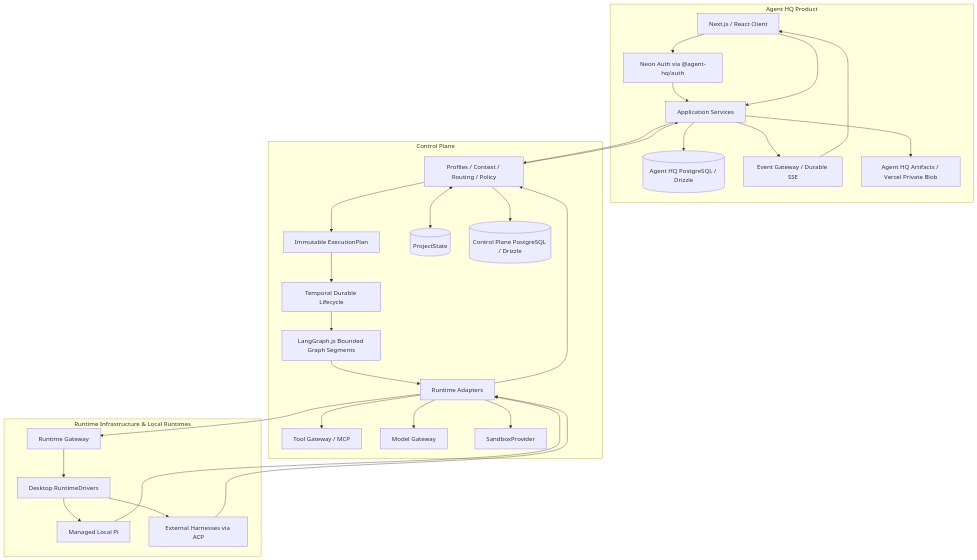
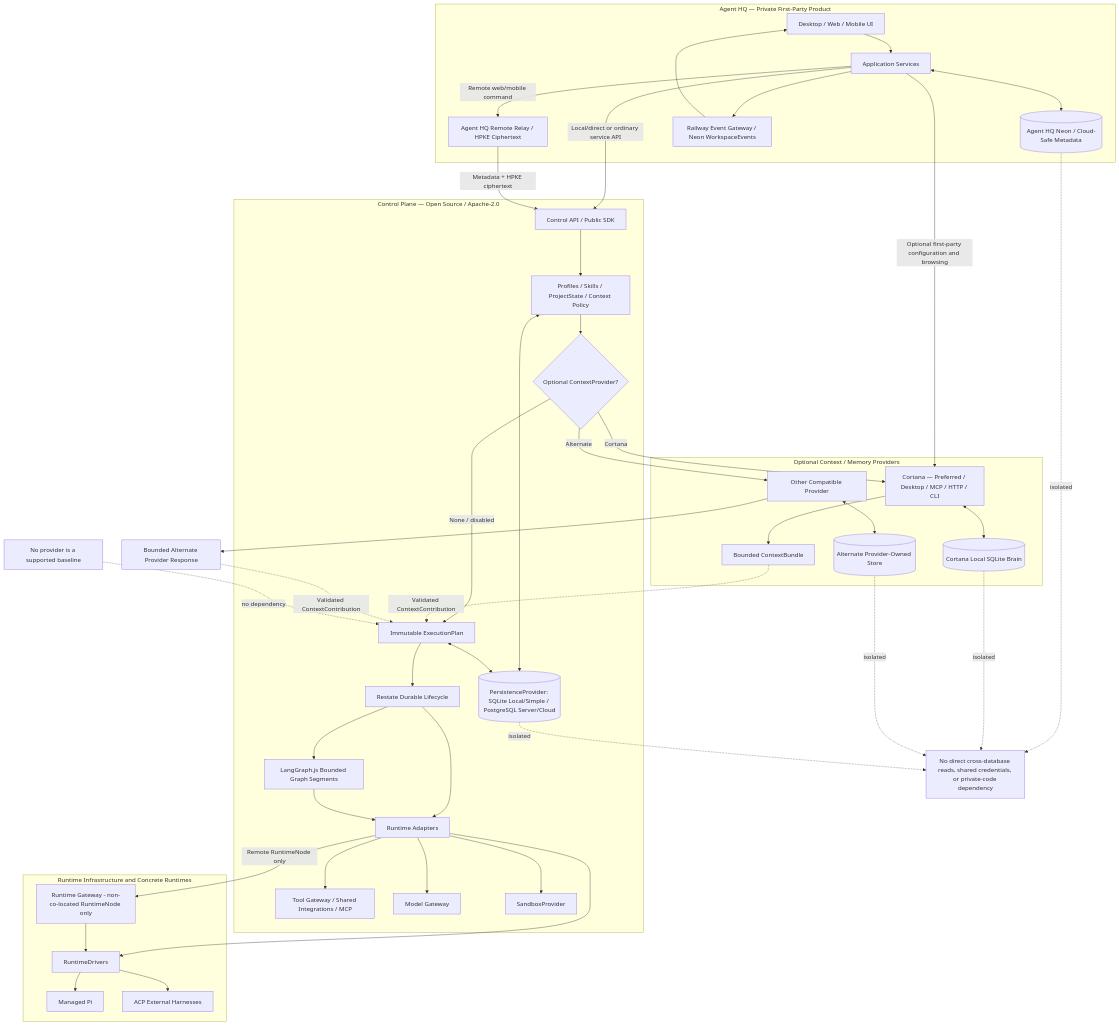
One commit to adea-ai/adea changed the second of 18 diagrams in docs/architecture/diagram-sources.md. Above: the diagram before and after it, drawn with Mermaid. The commit also changed other lines of this file, not shown here.

Commit message:
docs: reconcile Agent HQ architecture diagrams with canonical source

````diff
--- a/docs/architecture/diagram-sources.md
+++ b/docs/architecture/diagram-sources.md
@@ -44,52 +42,75 @@
 ```mermaid
 flowchart TB
-    subgraph Product["Agent HQ Product"]
-        C[Next.js / React Client]
-        A[Application Services]
-        AD[(Agent HQ PostgreSQL / Drizzle)]
-        AUTH[Neon Auth via @agent-hq/auth]
-        EG[Event Gateway / Durable SSE]
-        AB[Agent HQ Artifacts / Vercel Private Blob]
+    subgraph HQ["Agent HQ — Private First-Party Product"]
+        C[Desktop / Web / Mobile UI]
+        API[Application Services]
+        HQDB[(Agent HQ Neon / Cloud-Safe Metadata)]
+        RELAY[Agent HQ Remote Relay / HPKE Ciphertext]
+        EVT[Railway Event Gateway / Neon WorkspaceEvents]
     end
-    subgraph Control["Control Plane"]
-        CP[Profiles / Context / Routing / Policy]
-        EP[Immutable ExecutionPlan]
-        PS[(ProjectState)]
-        CD[(Control Plane PostgreSQL / Drizzle)]
-        TW[Temporal Durable Lifecycle]
+    subgraph CP["Control Plane — Open Source / Apache-2.0"]
+        CPAPI[Control API / Public SDK]
+        POL[Profiles / Skills / ProjectState / Context Policy]
+        CPO{Optional ContextProvider?}
+        PLAN[Immutable ExecutionPlan]
+        TW[Restate Durable Lifecycle]
         LG[LangGraph.js Bounded Graph Segments]
         RA[Runtime Adapters]
-        TG[Tool Gateway / MCP]
+        TG[Tool Gateway / Shared Integrations / MCP]
         MG[Model Gateway]
         SB[SandboxProvider]
+        CPDB[(PersistenceProvider: SQLite Local/Simple / PostgreSQL Server/Cloud)]
     end
-    subgraph Runtime["Runtime Infrastructure & Local Runtimes"]
-        RG[Runtime Gateway]
-        DR[Desktop RuntimeDrivers]
-        PI[Managed Local Pi]
-        ACP[External Harnesses via ACP]
+    subgraph CT["Optional Context / Memory Providers"]
+        CTAPI[Cortana — Preferred / Desktop / MCP / HTTP / CLI]
+        CB[Bounded ContextBundle]
+        CTDB[(Cortana Local SQLite Brain)]
+        ALT[Other Compatible Provider]
+        ALTDB[(Alternate Provider-Owned Store)]
     end
-    C --> AUTH --> A
-    C --> A
-    A --> AD
-    A --> EG --> C
-    A --> AB
-    A --> CP
-    CP --> EP
-    CP <--> PS
-    CP --> CD
-    EP --> TW
+    subgraph RuntimeInfra["Runtime Infrastructure and Concrete Runtimes"]
+        RG[Runtime Gateway - non-co-located RuntimeNode only]
+        DR[RuntimeDrivers]
+        PI[Managed Pi]
+        EXT[ACP External Harnesses]
+    end
+    C --> API
+    API <--> HQDB
+    API --> EVT
+    EVT --> C
+    API -->|Local/direct or ordinary service API| CPAPI
+    API -->|Remote web/mobile command| RELAY
+    RELAY -->|Metadata + HPKE ciphertext| CPAPI
+    API -->|Optional first-party configuration and browsing| CTAPI
+    CPAPI --> POL
+    POL --> CPO
+    POL <--> CPDB
+    PLAN <--> CPDB
+    CPO -->|None / disabled| PLAN
+    CPO -->|Cortana| CTAPI
+    CPO -->|Alternate| ALT
+    PLAN --> TW
+    TW --> RA
     TW --> LG
     LG --> RA
     RA --> TG
     RA --> MG
     RA --> SB
-    RA --> RG
+    RA --> DR
+    RA -->|Remote RuntimeNode only| RG
+    CTAPI <--> CTDB
+    CTAPI --> CB
+    ALT <--> ALTDB
+    ALT --> ACB[Bounded Alternate Provider Response]
+    CB -. Validated ContextContribution .-> PLAN
+    ACB -. Validated ContextContribution .-> PLAN
     RG --> DR
     DR --> PI
-    DR --> ACP
-    PI --> RA
-    ACP --> RA
-    RA --> CP
-    CP --> A
+    DR --> EXT
+    NOTE[No direct cross-database reads, shared credentials, or private-code dependency]
+    HQDB -. isolated .-> NOTE
+    CPDB -. isolated .-> NOTE
+    CTDB -. isolated .-> NOTE
+    ALTDB -. isolated .-> NOTE
+    NONE[No provider is a supported baseline] -. no dependency .-> PLAN
 ```
````
